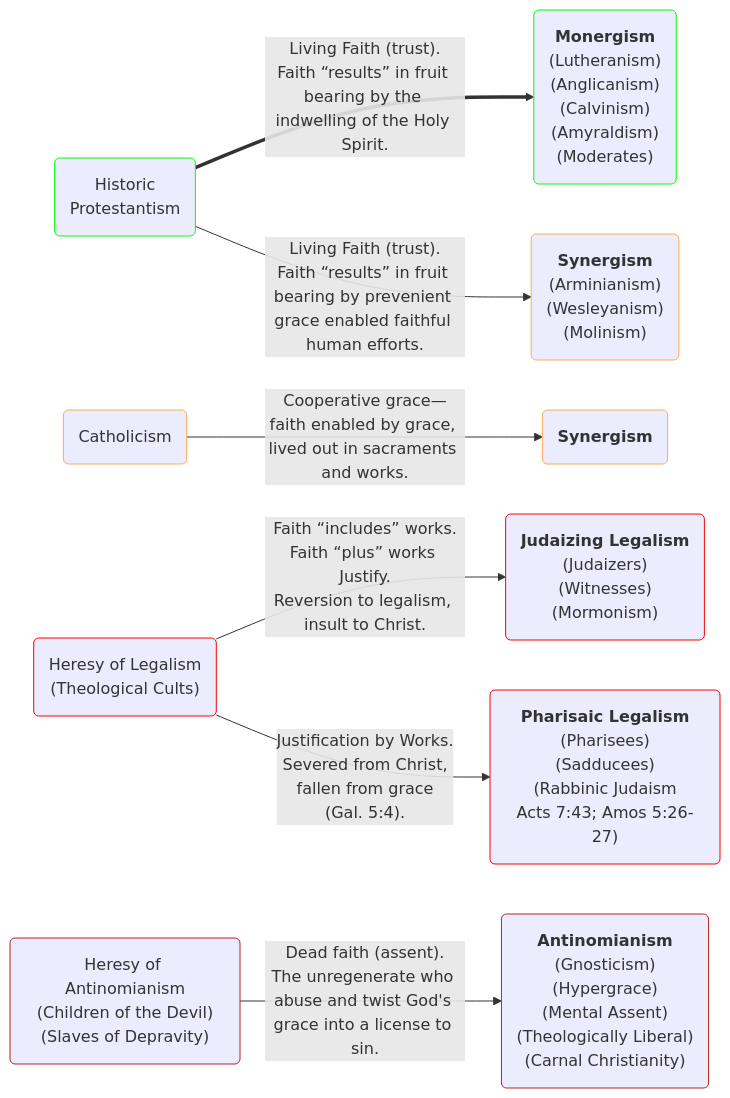
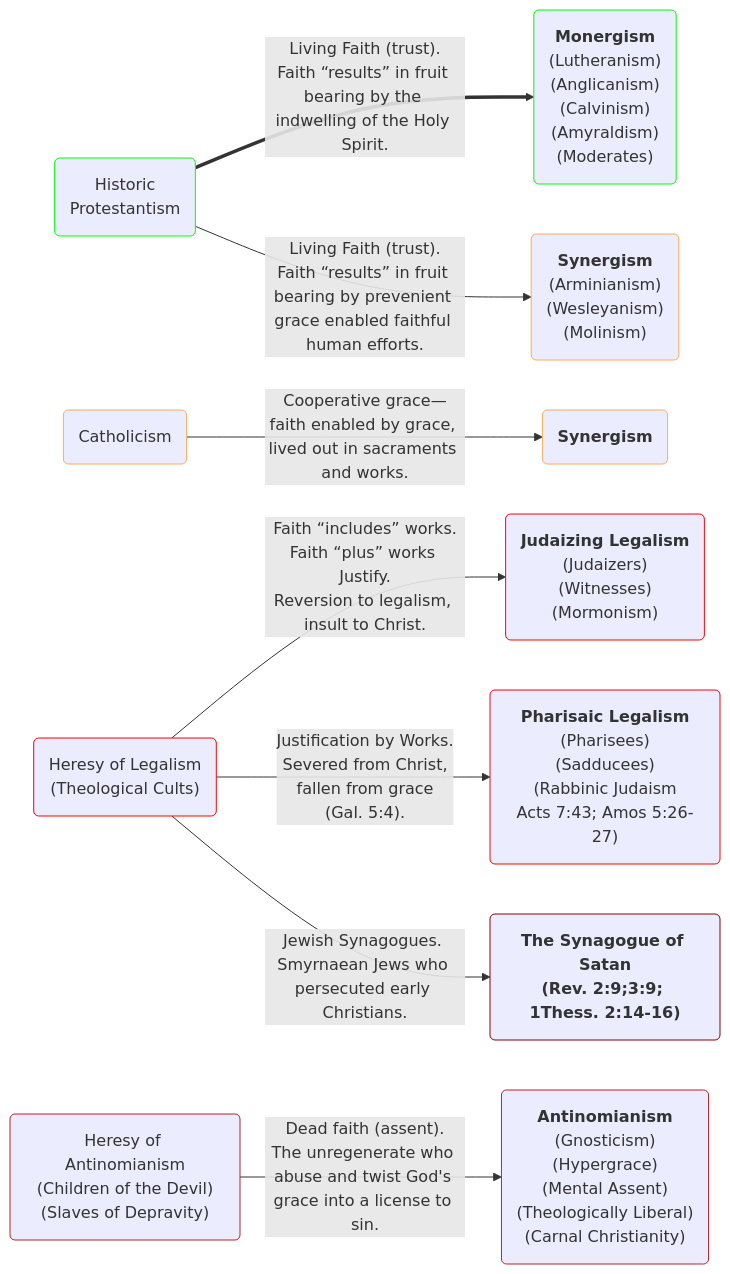
One commit to OrdoLuminis/ordoluminis.github.io changed the first of 2 diagrams in _posts/2025-08-03-historic-protestant-position.markdown. Above: the diagram before and after it, drawn with Mermaid. The commit also changed other lines of this file, not shown here.

````diff
--- a/_posts/2025-08-03-historic-protestant-position.markdown
+++ b/_posts/2025-08-03-historic-protestant-position.markdown
@@ -55,20 +55,21 @@
 ```mermaid
 flowchart LR
     A(Historic<br>Protestantism):::green
     B(Catholicism):::orange
     C(Heresy of Legalism<br>&lpar;Theological Cults&rpar;):::red
     D(Heresy of Antinomianism<br>&lpar;Children of the Devil&rpar;<br>&lpar;Slaves of Depravity&rpar;):::firebrick
     A ==>|Living Faith &lpar;trust&rpar;.<br>Faith &ldquo;results&rdquo; in fruit bearing by the indwelling of the Holy Spirit.| G(<strong>Monergism</strong><br>&lpar;Lutheranism&rpar;<br>&lpar;Anglicanism&rpar;<br>&lpar;Calvinism&rpar;<br>&lpar;Amyraldism&rpar;<br>&lpar;Moderates&rpar;):::green
     A -->|Living Faith &lpar;trust&rpar;.<br>Faith &ldquo;results&rdquo; in fruit bearing by prevenient grace enabled faithful human efforts.| H(<strong>Synergism</strong><br>&lpar;Arminianism&rpar;<br>&lpar;Wesleyanism&rpar;<br>&lpar;Molinism&rpar;):::orange
     B -->|Cooperative grace&mdash;faith enabled by grace, lived out in sacraments and works.| I(<strong>Synergism</strong>):::orange
     C -->|Faith &ldquo;includes&rdquo; works.<br>Faith &ldquo;plus&rdquo; works Justify.<br>Reversion to legalism, insult to Christ.| J(<strong>Judaizing Legalism</strong><br>&lpar;Judaizers&rpar;<br>&lpar;Witnesses&rpar;<br>&lpar;Mormonism&rpar;):::red
     C -->|Justification by Works.<br>Severed from Christ,<br>fallen from grace<br>&lpar;Gal. 5:4&rpar;.| K(<strong>Pharisaic Legalism</strong><br>&lpar;Pharisees&rpar;<br>&lpar;Sadducees&rpar;<br>&lpar;Rabbinic Judaism<br>Acts 7:43; Amos 5:26-27&rpar;):::red
+    C -->|Jewish Synagogues. Smyrnaean Jews who persecuted early Christians.| M(<strong>The Synagogue of Satan<br>&lpar;Rev. 2:9;3:9; 1Thess. 2:14-16&rpar;):::darkred
     D -->|Dead faith &lpar;assent&rpar;.<br>The unregenerate who abuse and twist God's grace into a license to sin.| L(<strong>Antinomianism</strong><br>&lpar;Gnosticism&rpar;<br>&lpar;Hypergrace&rpar;<br>&lpar;Mental Assent&rpar;<br>&lpar;Theologically Liberal&rpar;<br>&lpar;Carnal Christianity&rpar;):::firebrick
     classDef red stroke:#f00
     classDef green stroke:#0f0
     classDef lightgreen stroke:#Bf0
     classDef orange stroke:#fa5
     classDef firebrick stroke:#b22
     classDef darkred stroke:#8B0000
     classDef darkerred stroke:#701705
 ```
````
